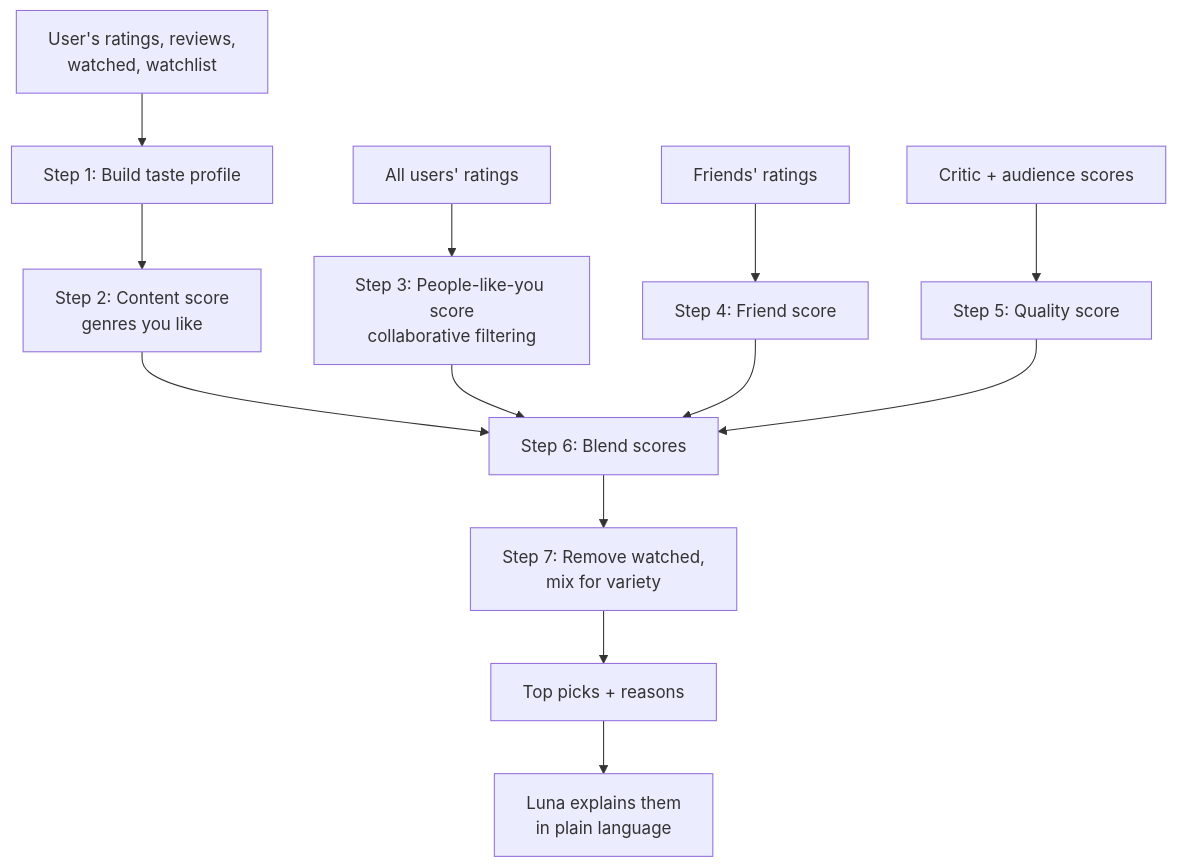
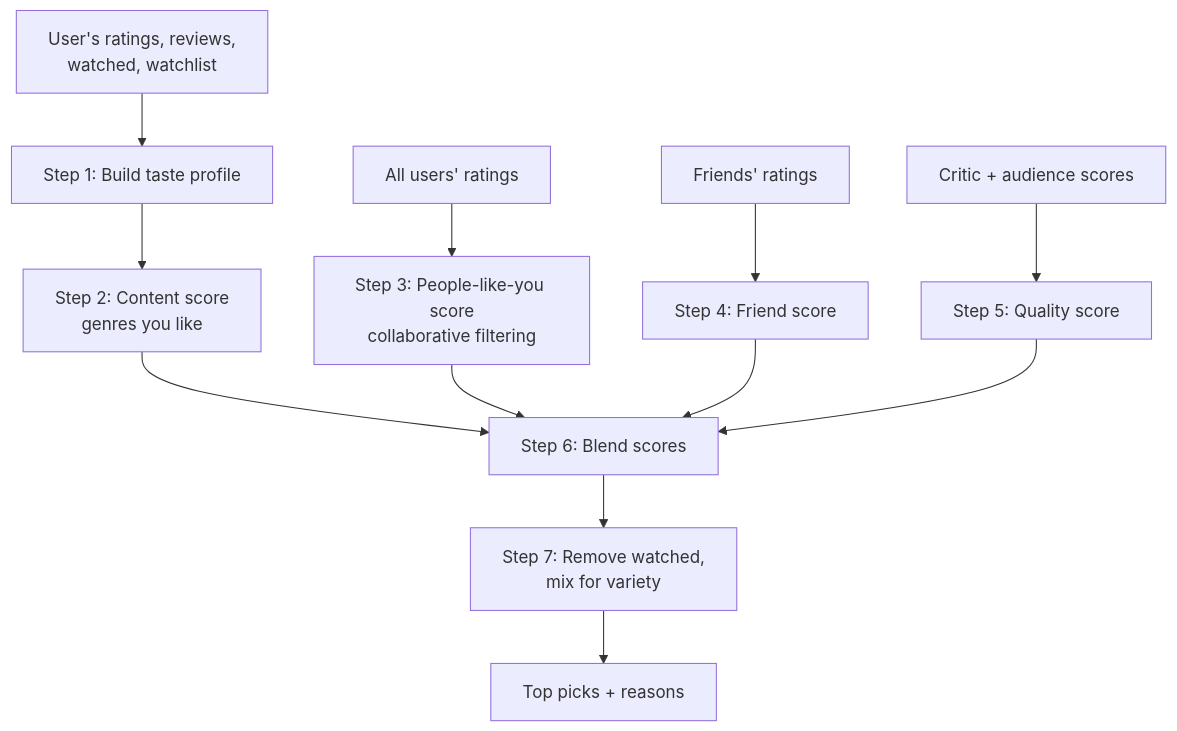
One commit to jasonkishore82/grab_the_popcorn changed the fifth of 5 diagrams in docs/HOW_IT_WORKS.md. Above: the diagram before and after it, drawn with Mermaid. The commit also changed other lines of this file and 15 other files, not shown here.

````diff
--- a/docs/HOW_IT_WORKS.md
+++ b/docs/HOW_IT_WORKS.md
@@ -367,15 +351,14 @@
 ```mermaid
 flowchart TD
     A[User's ratings, reviews,<br/>watched, watchlist] --> P[Step 1: Build taste profile]
     P --> C[Step 2: Content score<br/>genres you like]
     D[All users' ratings] --> CF[Step 3: People-like-you score<br/>collaborative filtering]
     F[Friends' ratings] --> S[Step 4: Friend score]
     Q[Critic + audience scores] --> QS[Step 5: Quality score]
     C --> B[Step 6: Blend scores]
     CF --> B
     S --> B
     QS --> B
     B --> X[Step 7: Remove watched,<br/>mix for variety]
     X --> R[Top picks + reasons]
-    R --> L[Luna explains them<br/>in plain language]
 ```
````
